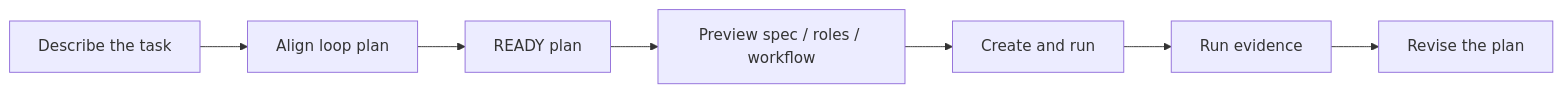
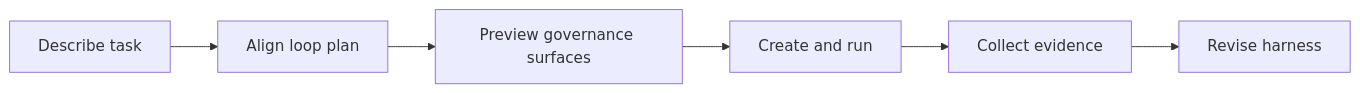
The diagram in README.md (huyusong10/Liminal), drawn with Mermaid before and after one commit. The commit also changed other lines of this file and 85 other files, not shown here.

Commit message:
Align Loopora governance workflow controls

````diff
--- a/README.md
+++ b/README.md
@@ -124,9 +114,8 @@
 ```mermaid
 flowchart LR
-    A["Describe the task"] --> B["Align loop plan"]
-    B --> C["READY plan"]
-    C --> D["Preview spec / roles / workflow"]
-    D --> E["Create and run"]
-    E --> F["Run evidence"]
-    F --> G["Revise the plan"]
+    A["Describe task"] --> B["Align loop plan"]
+    B --> C["Preview governance surfaces"]
+    C --> D["Create and run"]
+    D --> E["Collect evidence"]
+    E --> F["Revise harness"]
 ```
````
